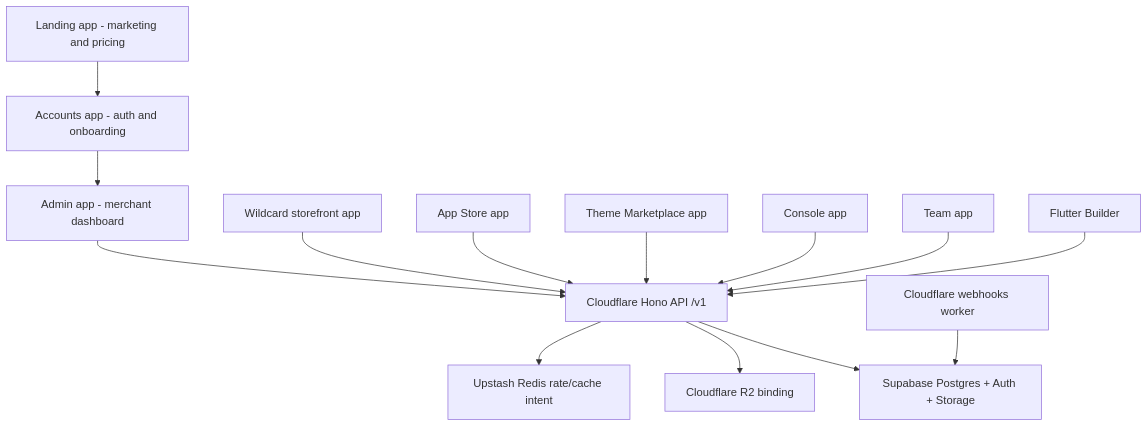
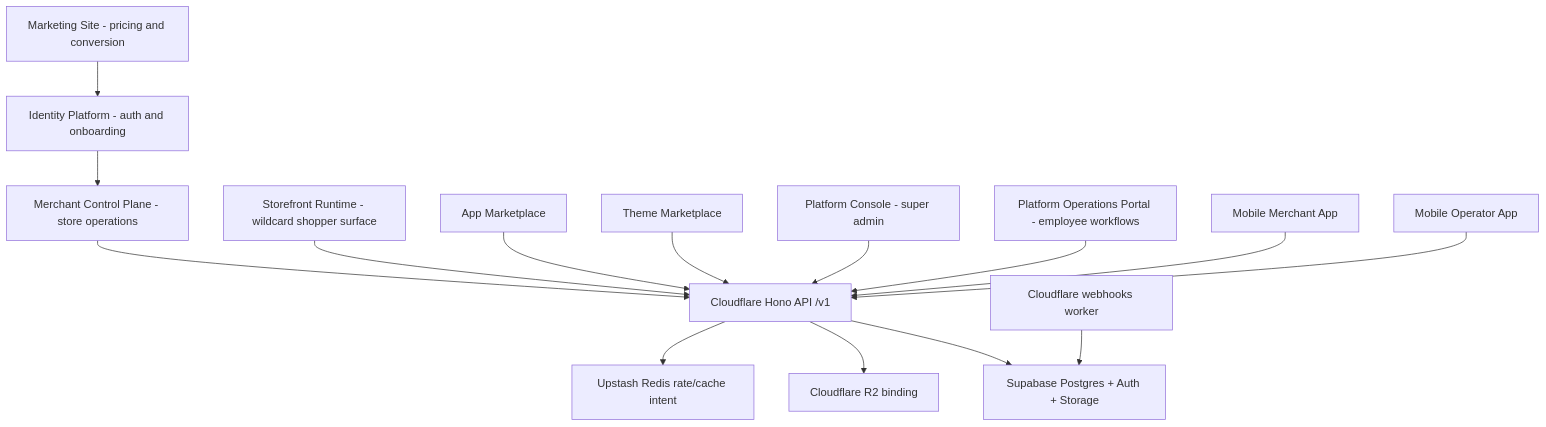
The diagram in AGENTS.md (SaaiSiddhu/LetBuyy), drawn with Mermaid before and after one commit. The commit also changed other lines of this file and 90 other files, not shown here.

````diff
--- a/AGENTS.md
+++ b/AGENTS.md
@@ -207,16 +220,17 @@
 ```mermaid
 flowchart TB
-  Landing["Landing app - marketing and pricing"] --> Accounts["Accounts app - auth and onboarding"]
-  Accounts --> Admin["Admin app - merchant dashboard"]
-  Admin --> API["Cloudflare Hono API /v1"]
-  Storefront["Wildcard storefront app"] --> API
-  AppStore["App Store app"] --> API
-  ThemeMarket["Theme Marketplace app"] --> API
-  Console["Console app"] --> API
-  Team["Team app"] --> API
-  FlutterBuilder["Flutter Builder"] --> API
+  Marketing["Marketing Site - pricing and conversion"] --> Identity["Identity Platform - auth and onboarding"]
+  Identity --> Merchant["Merchant Control Plane - store operations"]
+  Merchant --> API["Cloudflare Hono API /v1"]
+  Storefront["Storefront Runtime - wildcard shopper surface"] --> API
+  AppStore["App Marketplace"] --> API
+  ThemeMarket["Theme Marketplace"] --> API
+  Console["Platform Console - super admin"] --> API
+  Operations["Platform Operations Portal - employee workflows"] --> API
+  MobileMerchant["Mobile Merchant App"] --> API
+  MobileOperator["Mobile Operator App"] --> API
   API --> Supabase["Supabase Postgres + Auth + Storage"]
   API --> R2["Cloudflare R2 binding"]
   API --> Redis["Upstash Redis rate/cache intent"]
   Webhooks["Cloudflare webhooks worker"] --> Supabase
 ```
````
